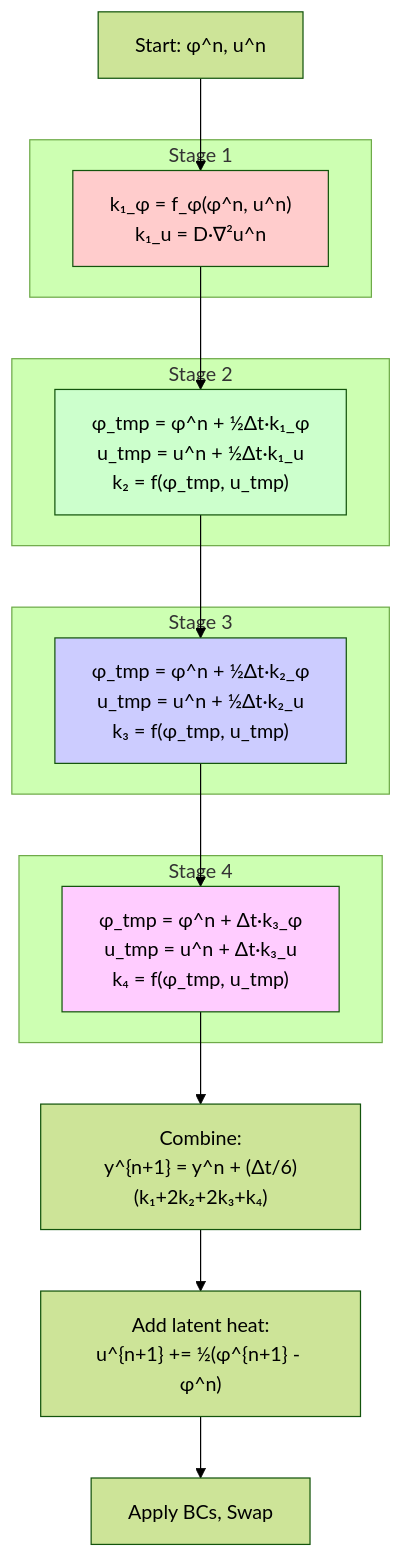
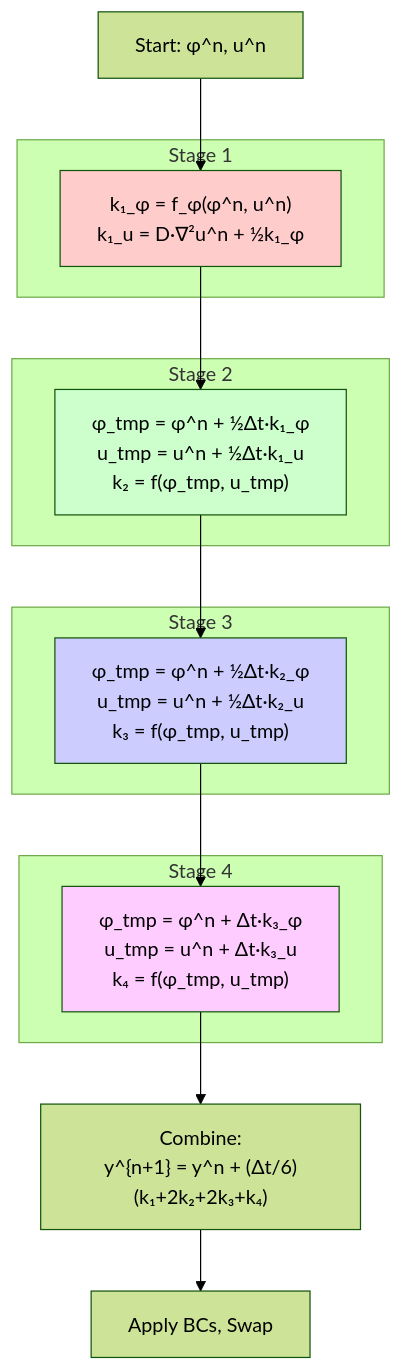
One commit to myousefi2016/Allen-Cahn-CUDA changed the ninth of 12 diagrams in docs/THEORY.md. Above: the diagram before and after it, drawn with Mermaid (forest theme). The commit also changed other lines of this file and 16 other files, not shown here.

````diff
--- a/docs/THEORY.md
+++ b/docs/THEORY.md
@@ -932,26 +975,25 @@
 ```mermaid
 flowchart TD
     A["Start: φ^n, u^n"] --> S1
     subgraph "Stage 1"
-        S1["k₁_φ = f_φ(φ^n, u^n)<br/>k₁_u = D·∇²u^n"]
+        S1["k₁_φ = f_φ(φ^n, u^n)<br/>k₁_u = D·∇²u^n + ½k₁_φ"]
     end
     S1 --> S2
     subgraph "Stage 2"
         S2["φ_tmp = φ^n + ½Δt·k₁_φ<br/>u_tmp = u^n + ½Δt·k₁_u<br/>k₂ = f(φ_tmp, u_tmp)"]
     end
     S2 --> S3
     subgraph "Stage 3"
         S3["φ_tmp = φ^n + ½Δt·k₂_φ<br/>u_tmp = u^n + ½Δt·k₂_u<br/>k₃ = f(φ_tmp, u_tmp)"]
     end
     S3 --> S4
     subgraph "Stage 4"
         S4["φ_tmp = φ^n + Δt·k₃_φ<br/>u_tmp = u^n + Δt·k₃_u<br/>k₄ = f(φ_tmp, u_tmp)"]
     end
     S4 --> CMB["Combine:<br/>y^{n+1} = y^n + (Δt/6)(k₁+2k₂+2k₃+k₄)"]
-    CMB --> LH["Add latent heat:<br/>u^{n+1} += ½(φ^{n+1} - φ^n)"]
-    LH --> BC["Apply BCs, Swap"]
+    CMB --> BC["Apply BCs, Swap"]
     style S1 fill:#fcc
     style S2 fill:#cfc
     style S3 fill:#ccf
     style S4 fill:#fcf
 ```
````
